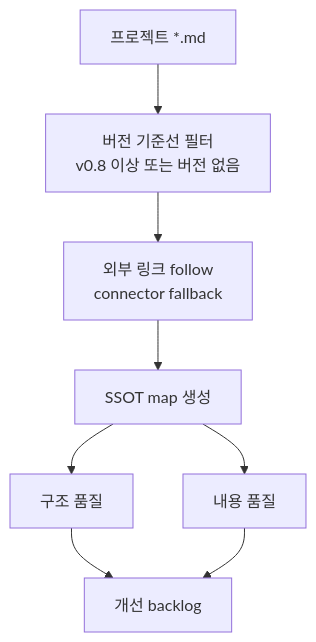
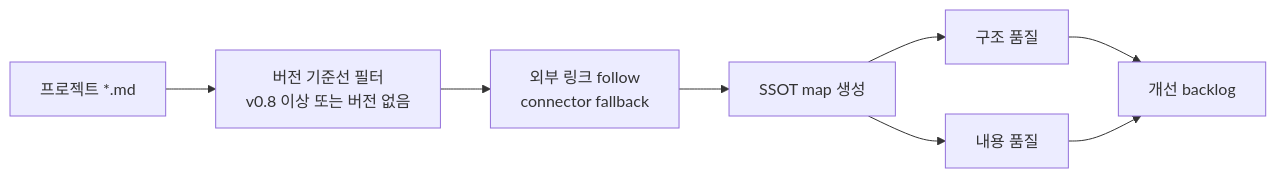
Before and after one commit to inkwonjung-colosseum/plugins: the seventh of 7 diagrams in planning-kit/docs/planning-kit-workflow-guide.md, drawn with Mermaid. The commit also changed other lines of this file and 30 other files, not shown here.

````diff
--- a/planning-kit/docs/planning-kit-workflow-guide.md
+++ b/planning-kit/docs/planning-kit-workflow-guide.md
@@ -261,10 +261,10 @@
 ```mermaid
-flowchart TD
+flowchart LR
   A["프로젝트 *.md"] --> B["버전 기준선 필터<br/>v0.8 이상 또는 버전 없음"]
   B --> C["외부 링크 follow<br/>connector fallback"]
   C --> D["SSOT map 생성"]
   D --> E["구조 품질"]
   D --> F["내용 품질"]
   E --> G["개선 backlog"]
   F --> G
 ```
````
